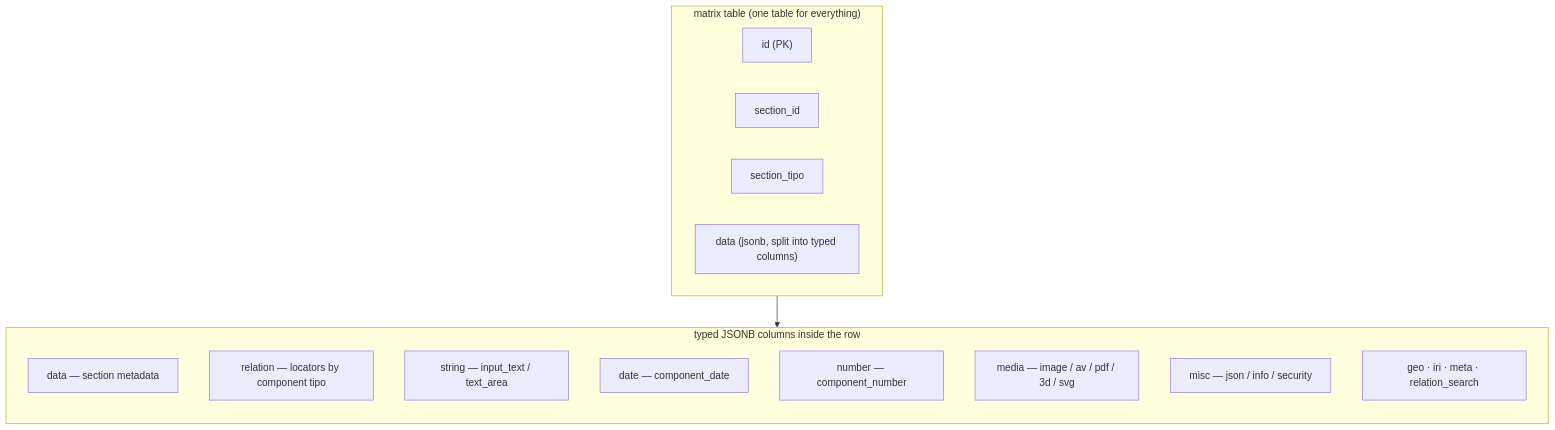
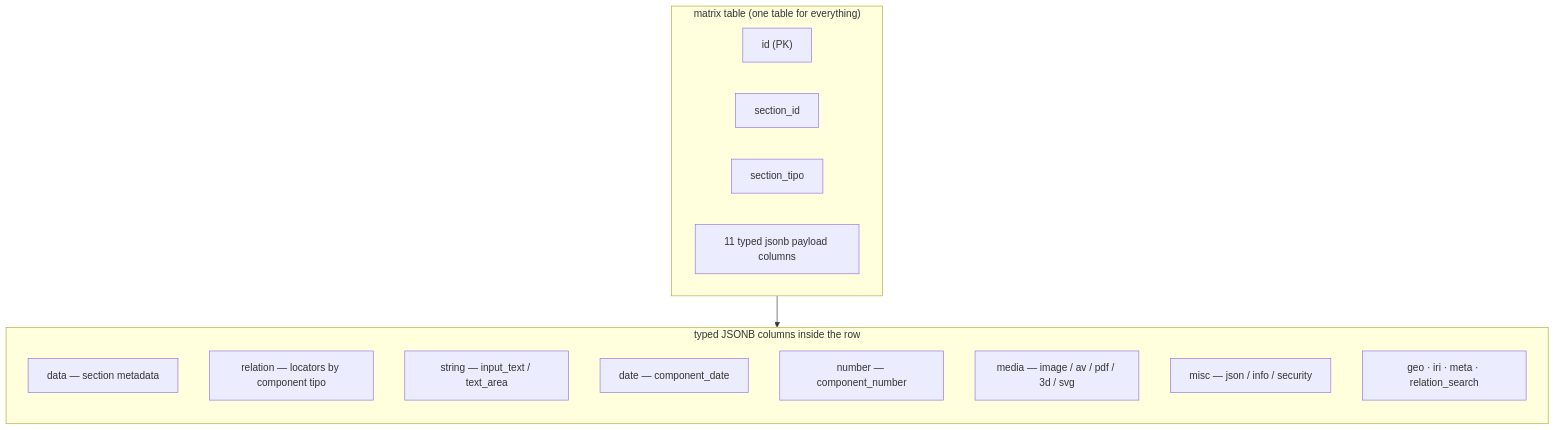
The first of 3 diagrams in docs/core/sections/index.md (renderpci/dedalo), drawn with Mermaid before and after one commit. The commit also changed other lines of this file and 3 other files, not shown here.

````diff
--- a/docs/core/sections/index.md
+++ b/docs/core/sections/index.md
@@ -124,24 +122,24 @@
 ```mermaid
 flowchart TB
     subgraph matrix["matrix table (one table for everything)"]
         direction LR
         c1["id (PK)"]
         c2["section_id"]
         c3["section_tipo"]
-        c4["data (jsonb, split into typed columns)"]
+        c4["11 typed jsonb payload columns"]
     end
 
     subgraph cols["typed JSONB columns inside the row"]
         direction TB
         d["data — section metadata"]
         r["relation — locators by component tipo"]
         s["string — input_text / text_area"]
         dt["date — component_date"]
         n["number — component_number"]
         m["media — image / av / pdf / 3d / svg"]
         mi["misc — json / info / security"]
         more["geo · iri · meta · relation_search"]
     end
 
     matrix --> cols
 ```
````
